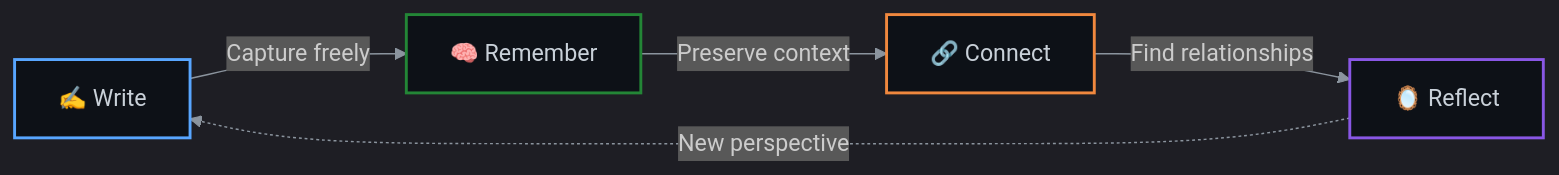
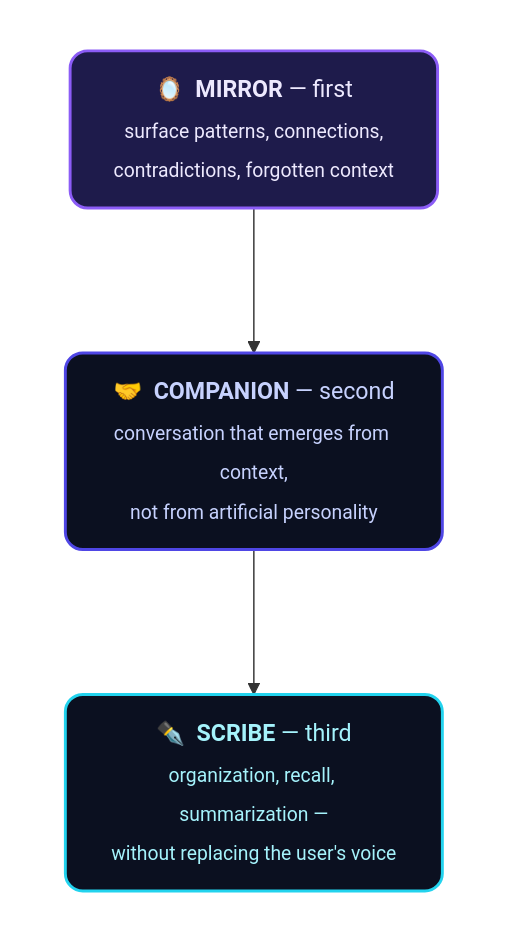
Before and after one commit to datascyther/Jouspace: the second of 8 diagrams in README.md, drawn with Mermaid. The commit also changed other lines of this file, not shown here.

````diff
--- a/README.md
+++ b/README.md
@@ -161,13 +420,24 @@
 ```mermaid
-%%{init: {'theme': 'dark', 'themeVariables': { 'primaryColor': '#58a6ff', 'primaryTextColor': '#c9d1d9', 'primaryBorderColor': '#30363d', 'lineColor': '#8b949e', 'secondaryColor': '#161b22', 'tertiaryColor': '#21262d'}}}%%
-flowchart LR
-    A["✍️ Write"] -->|"Capture freely"| B["🧠 Remember"]
-    B -->|"Preserve context"| C["🔗 Connect"]
-    C -->|"Find relationships"| D["🪞 Reflect"]
-    D -. "New perspective" .-> A
+flowchart TB
+    subgraph L1[" "]
+        M["🪞 &nbsp;<b>MIRROR</b> — first<br/><sub>surface patterns, connections,<br/>contradictions, forgotten context</sub>"]
+    end
+    subgraph L2[" "]
+        C["🤝 &nbsp;<b>COMPANION</b> — second<br/><sub>conversation that emerges from context,<br/>not from artificial personality</sub>"]
+    end
+    subgraph L3[" "]
+        S["✒️ &nbsp;<b>SCRIBE</b> — third<br/><sub>organization, recall, summarization —<br/>without replacing the user's voice</sub>"]
+    end
 
-    style A fill:#0d1117,stroke:#58a6ff,stroke-width:2px,color:#c9d1d9
-    style B fill:#0d1117,stroke:#238636,stroke-width:2px,color:#c9d1d9
-    style C fill:#0d1117,stroke:#f0883e,stroke-width:2px,color:#c9d1d9
-    style D fill:#0d1117,stroke:#8957e5,stroke-width:2px,color:#c9d1d9
+    M --> C --> S
+
+    classDef a fill:#1E1B4B,stroke:#8B5CF6,stroke-width:2px,color:#EDE9FE,rx:12,ry:12;
+    classDef b fill:#0B1020,stroke:#4F46E5,stroke-width:2px,color:#C7D2FE,rx:12,ry:12;
+    classDef c fill:#0B1020,stroke:#22D3EE,stroke-width:2px,color:#A5F3FC,rx:12,ry:12;
+    class M a
+    class C b
+    class S c
+    style L1 fill:none,stroke:none
+    style L2 fill:none,stroke:none
+    style L3 fill:none,stroke:none
 ```
````
